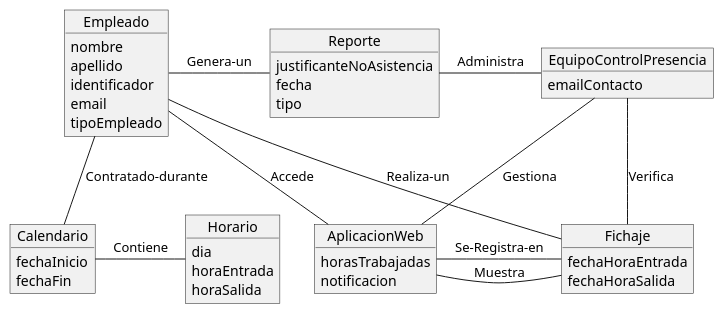
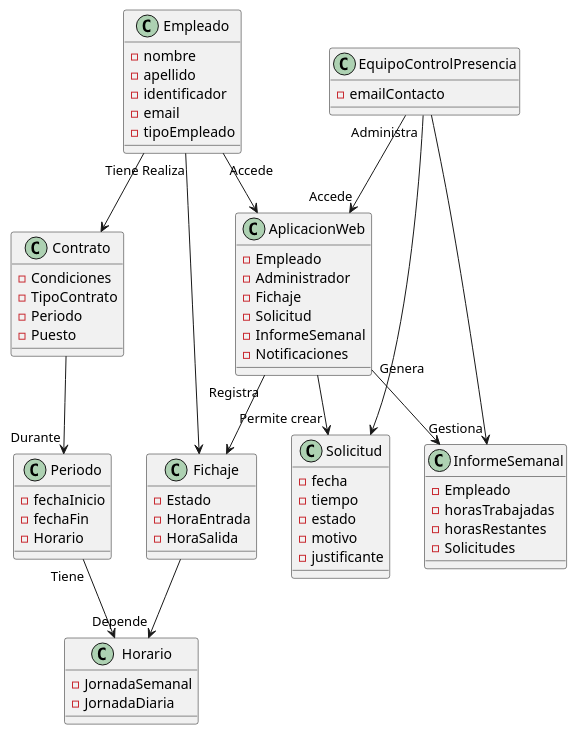
Before and after one commit to mmasias/23-24-IdSw1-SDR: the diagram in modelosUML/modeloDelDominio.puml, drawn with PlantUML.

Commit message:
segunda iteracion modelo de dominio JorgeQ y LuciaZ

```diff
--- a/modelosUML/modeloDelDominio.puml
+++ b/modelosUML/modeloDelDominio.puml
@@ -1,53 +1,76 @@
 @startuml
 
-Object Empleado {
-    nombre
-    apellido
-    identificador
-    email
-    tipoEmpleado
+class Empleado {
+    - nombre
+    - apellido
+    - identificador
+    - email
+    - tipoEmpleado
 }
 
-Object EquipoControlPresencia {
-    emailContacto
+class EquipoControlPresencia {
+    - emailContacto
 }
 
-Object Fichaje {
-    fechaHoraEntrada
-    fechaHoraSalida
+class Fichaje {
+    - Estado
+    - HoraEntrada
+    - HoraSalida
 }
 
-Object Reporte {
-    justificanteNoAsistencia
-    fecha
-    tipo
+class AplicacionWeb {
+    - Empleado
+    - Administrador
+    - Fichaje
+    - Solicitud
+    - InformeSemanal
+    - Notificaciones
 }
 
-Object AplicacionWeb {
-    horasTrabajadas
-    notificacion
+class Periodo {
+    - fechaInicio
+    - fechaFin
+    - Horario
 }
 
-Object Calendario {
-    fechaInicio
-    fechaFin
+class Horario {
+    - JornadaSemanal
+    - JornadaDiaria
 }
 
-Object Horario {
-    dia
-    horaEntrada
-    horaSalida
+class Contrato {
+    - Condiciones
+    - TipoContrato
+    - Periodo
+    - Puesto
 }
 
-Empleado -d- Fichaje: Realiza-un
-Empleado -r- Reporte: Genera-un
-Empleado -d- Calendario: Contratado-durante
-AplicacionWeb -l- Empleado: Accede
-AplicacionWeb -d- Fichaje: Muestra
-Calendario -r- Horario: Contiene
-Fichaje -r- AplicacionWeb: Se-Registra-en
-EquipoControlPresencia -d- Fichaje: Verifica
-EquipoControlPresencia -d- AplicacionWeb: Gestiona
-EquipoControlPresencia -l- Reporte: Administra
+class InformeSemanal {
+    - Empleado
+    - horasTrabajadas
+    - horasRestantes
+    - Solicitudes
+}
+
+class Solicitud {
+    - fecha
+    - tiempo
+    - estado
+    - motivo
+    - justificante
+}
+
+Empleado "Tiene" -->  Contrato
+Empleado "Realiza" -->  Fichaje
+Empleado "Accede" -->  AplicacionWeb
+AplicacionWeb  --> "Permite crear" Solicitud
+AplicacionWeb "Genera" -->  InformeSemanal
+AplicacionWeb "Registra"-->  Fichaje
+Fichaje --> "Depende" Horario
+Contrato --> "Durante" Periodo
+Periodo "Tiene" -->  Horario
+EquipoControlPresencia "Administra" -->  Solicitud
+EquipoControlPresencia --> "Accede" AplicacionWeb
+EquipoControlPresencia --> "Gestiona" InformeSemanal
 
 @enduml
```
